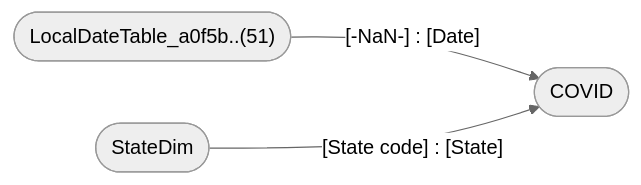
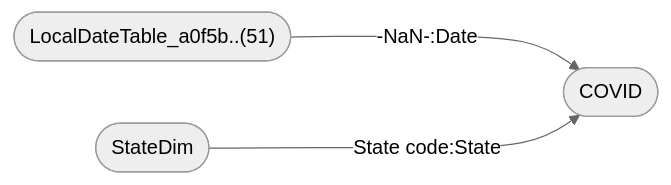
Before and after one commit to ZdenekMerka/pbix_doc: the diagram in tests/output/COVID-19 US Tracking Sample.pbix.md, drawn with Mermaid (neutral theme). The commit also changed other lines of this file and 8 other files, not shown here.

Commit message:
resolve Unable to render rich display Diagram error not found. #14

````diff
--- a/tests/output/COVID-19 US Tracking Sample.pbix.md
+++ b/tests/output/COVID-19 US Tracking Sample.pbix.md
@@ -29,6 +29,6 @@
 ```mermaid
 graph LR;
 
-id28(["LocalDateTable_a0f5b..(51)"]) --[-NaN-] : [Date]--> id19(["COVID"])
-id22(["StateDim"]) --[State code] : [State]--> id19(["COVID"])
+id28(["LocalDateTable_a0f5b..(51)"]) --->|-NaN-:Date| id19(["COVID"])
+id22(["StateDim"]) --->|State code:State| id19(["COVID"])
 ```
````
